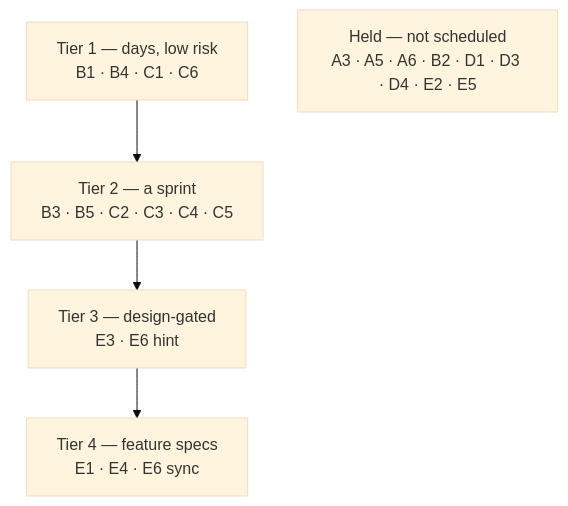
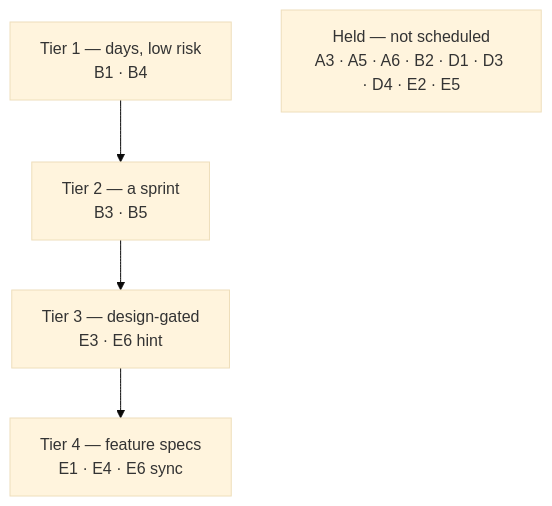
The third of 3 diagrams in docs/ui-ux-improvements.md (oncloudnintynineone-source/cloudy2), drawn with Mermaid (base theme) before and after one commit. The commit also changed other lines of this file and 30 other files, not shown here.

````diff
--- a/docs/ui-ux-improvements.md
+++ b/docs/ui-ux-improvements.md
@@ -570,7 +617,7 @@
 ```mermaid
 flowchart TD
-  T1["Tier 1 — days, low risk<br/>B1 · B4 · C1 · C6"] --> T2["Tier 2 — a sprint<br/>B3 · B5 · C2 · C3 · C4 · C5"]
+  T1["Tier 1 — days, low risk<br/>B1 · B4"] --> T2["Tier 2 — a sprint<br/>B3 · B5"]
   T2 --> T3["Tier 3 — design-gated<br/>E3 · E6 hint"]
   T3 --> T4["Tier 4 — feature specs<br/>E1 · E4 · E6 sync"]
   H["Held — not scheduled<br/>A3 · A5 · A6 · B2 · D1 · D3 · D4 · E2 · E5"]
 ```
````
